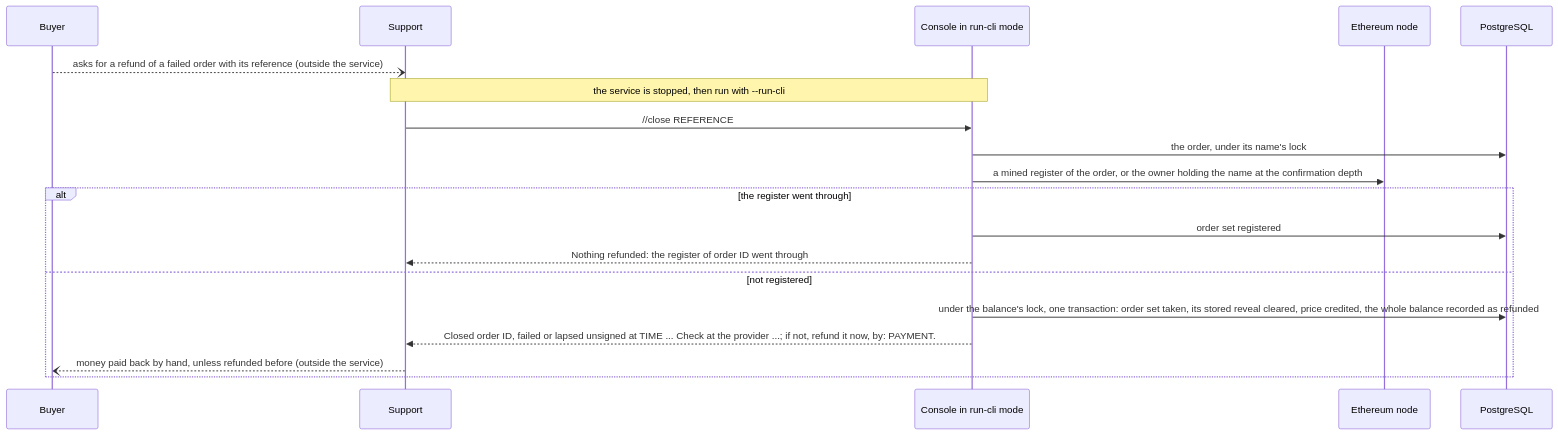
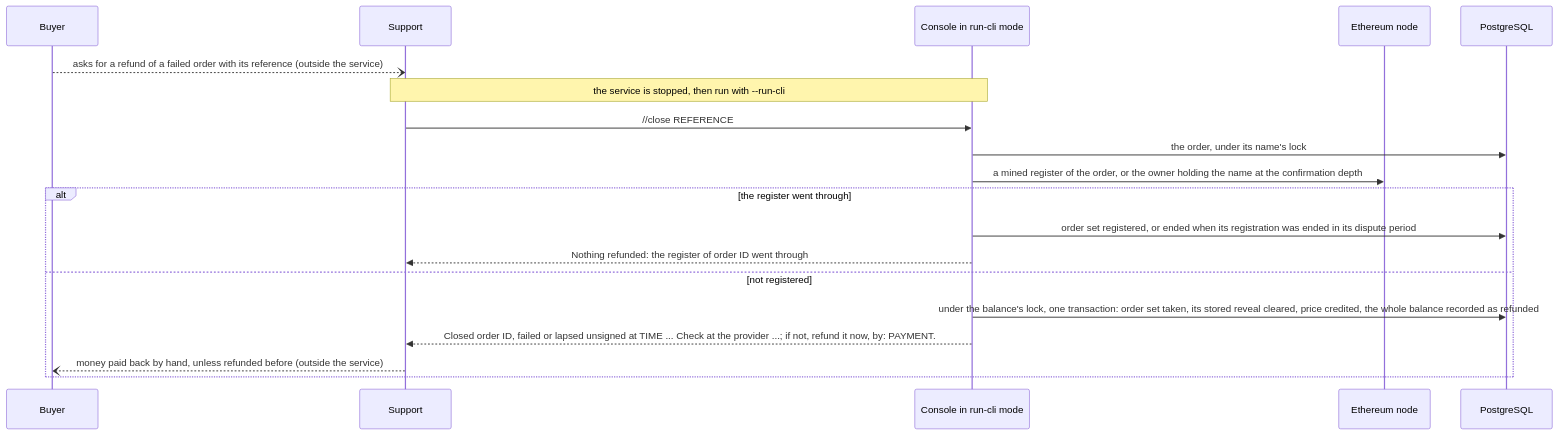
Diagram 11 of 15 in apps/simplex-store-service/docs/names.md (simplex-chat/simplex-chat), drawn with Mermaid before and after one commit. The commit also changed other lines of this file and 1 other file, not shown here.

Commit message:
store: document dispute days and ended orders on the names structure

````diff
--- a/apps/simplex-store-service/docs/names.md
+++ b/apps/simplex-store-service/docs/names.md
@@ -528,21 +530,21 @@
 ```mermaid
 sequenceDiagram
   participant B as Buyer
   participant O as Support
   participant C as Console in run-cli mode
   participant N as Ethereum node
   participant D as PostgreSQL
   B--)O: asks for a refund of a failed order with its reference (outside the service)
   Note over O,C: the service is stopped, then run with --run-cli
   O->>C: //close REFERENCE
   C->>D: the order, under its name's lock
   C->>N: a mined register of the order, or the owner holding the name at the confirmation depth
   alt the register went through
-    C->>D: order set registered
+    C->>D: order set registered, or ended when its registration was ended in its dispute period
     C-->>O: Nothing refunded: the register of order ID went through
   else not registered
     C->>D: under the balance's lock, one transaction: order set taken, its stored reveal cleared, price credited, the whole balance recorded as refunded
     C-->>O: Closed order ID, failed or lapsed unsigned at TIME ... Check at the provider ...#59; if not, refund it now, by: PAYMENT.
     O--)B: money paid back by hand, unless refunded before (outside the service)
   end
 ```
````
